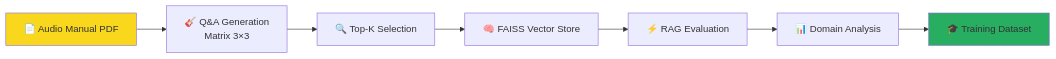
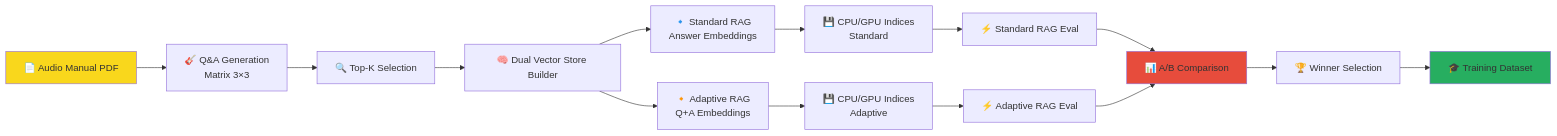
Before and after one commit to monk-ee/pdf-autorag-qa: the diagram in README.md, drawn with Mermaid. The commit also changed other lines of this file and 2 other files, not shown here.

Commit message:
feat: adaptive

````diff
--- a/README.md
+++ b/README.md
@@ -27,12 +27,25 @@
 ```mermaid
 graph LR
     A[📄 Audio Manual PDF] --> B[🎸 Q&A Generation<br/>Matrix 3×3]
     B --> C[🔍 Top-K Selection]
-    C --> D[🧠 FAISS Vector Store]
-    D --> E[⚡ RAG Evaluation]
-    E --> F[📊 Domain Analysis]
-    F --> G[🎓 Training Dataset]
+    C --> D[🧠 Dual Vector Store Builder]
+    
+    D --> E1[🔹 Standard RAG<br/>Answer Embeddings]
+    D --> E2[🔸 Adaptive RAG<br/>Q+A Embeddings]
+    
+    E1 --> F1[💾 CPU/GPU Indices<br/>Standard]
+    E2 --> F2[💾 CPU/GPU Indices<br/>Adaptive]
+    
+    F1 --> G1[⚡ Standard RAG Eval]
+    F2 --> G2[⚡ Adaptive RAG Eval]
+    
+    G1 --> H[📊 A/B Comparison]
+    G2 --> H
+    
+    H --> I[🏆 Winner Selection]
+    I --> J[🎓 Training Dataset]
     
     style A fill:#f9d71c
-    style G fill:#27ae60
+    style H fill:#e74c3c
+    style J fill:#27ae60
 ```
````
